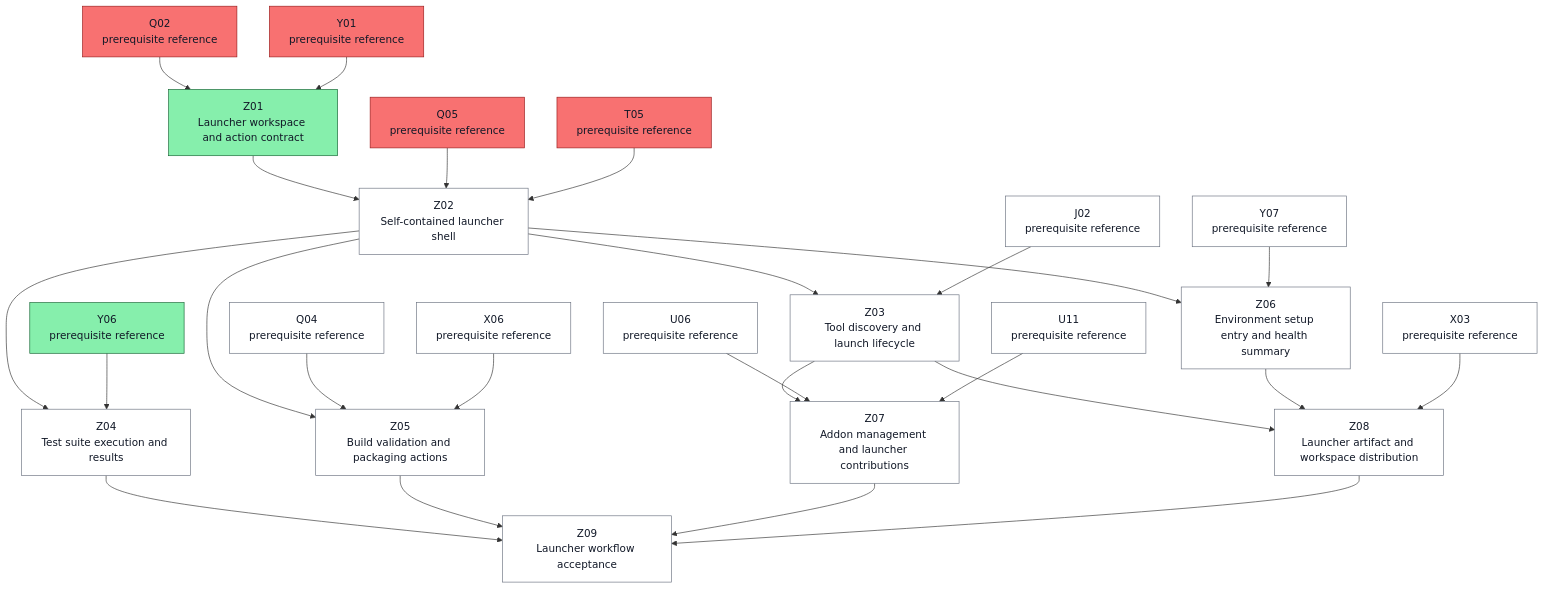
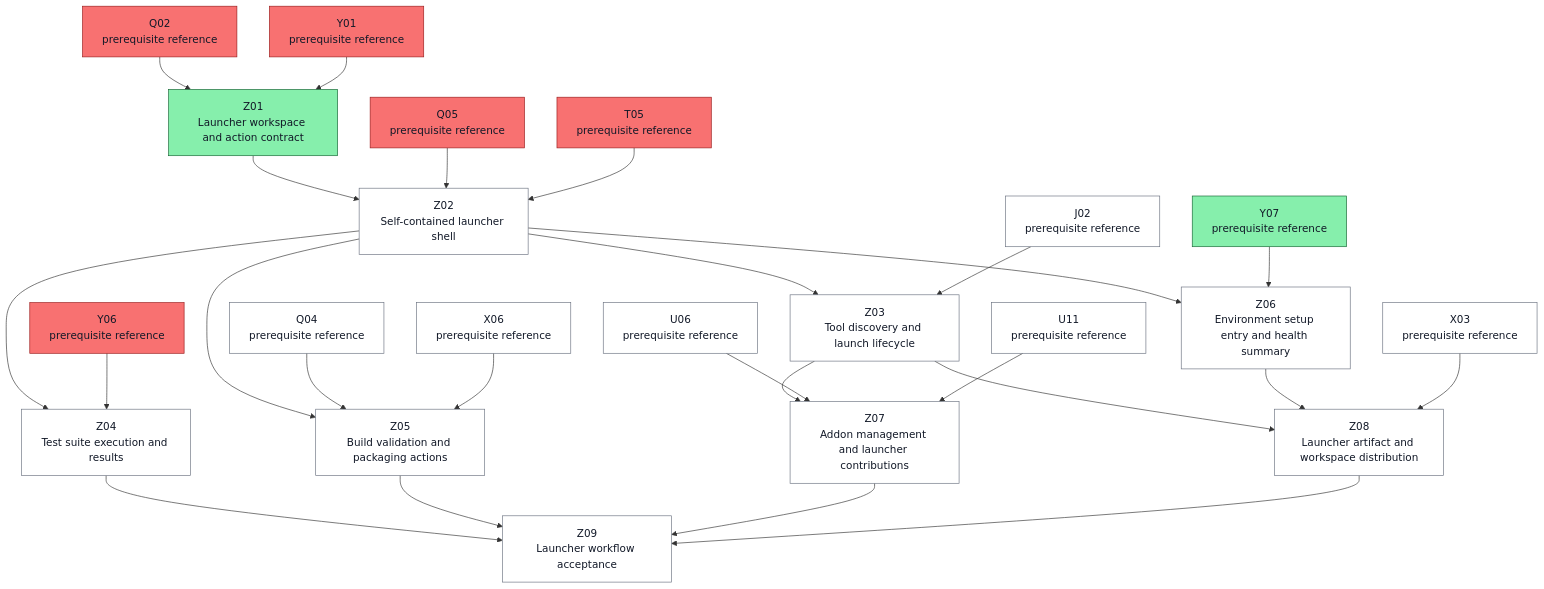
Before and after one commit to ocarizr/spaceraiders: diagram 27 of 27 in docs/task-dependencies.md, drawn with Mermaid. The commit also changed other lines of this file and 9 other files, not shown here.

````diff
--- a/docs/task-dependencies.md
+++ b/docs/task-dependencies.md
@@ -1469,51 +1470,51 @@
 ```mermaid
 flowchart TD
     ref_Z_J02["J02<br/>prerequisite reference"]:::pending
     ref_Z_Q02["Q02<br/>prerequisite reference"]:::done
     ref_Z_Q04["Q04<br/>prerequisite reference"]:::pending
     ref_Z_Q05["Q05<br/>prerequisite reference"]:::done
     ref_Z_T05["T05<br/>prerequisite reference"]:::done
     ref_Z_U06["U06<br/>prerequisite reference"]:::pending
     ref_Z_U11["U11<br/>prerequisite reference"]:::pending
     ref_Z_X03["X03<br/>prerequisite reference"]:::pending
     ref_Z_X06["X06<br/>prerequisite reference"]:::pending
     ref_Z_Y01["Y01<br/>prerequisite reference"]:::done
-    ref_Z_Y06["Y06<br/>prerequisite reference"]:::ready
-    ref_Z_Y07["Y07<br/>prerequisite reference"]:::pending
+    ref_Z_Y06["Y06<br/>prerequisite reference"]:::done
+    ref_Z_Y07["Y07<br/>prerequisite reference"]:::ready
     Z01["Z01<br/>Launcher workspace and action contract"]:::ready
     Z02["Z02<br/>Self-contained launcher shell"]:::pending
     Z03["Z03<br/>Tool discovery and launch lifecycle"]:::pending
     Z04["Z04<br/>Test suite execution and results"]:::pending
     Z05["Z05<br/>Build validation and packaging actions"]:::pending
     Z06["Z06<br/>Environment setup entry and health summary"]:::pending
     Z07["Z07<br/>Addon management and launcher contributions"]:::pending
     Z08["Z08<br/>Launcher artifact and workspace distribution"]:::pending
     Z09["Z09<br/>Launcher workflow acceptance"]:::pending
     ref_Z_Q02 --> Z01
     ref_Z_Y01 --> Z01
     Z01 --> Z02
     ref_Z_Q05 --> Z02
     ref_Z_T05 --> Z02
     Z02 --> Z03
     ref_Z_J02 --> Z03
     Z02 --> Z04
     ref_Z_Y06 --> Z04
     Z02 --> Z05
     ref_Z_Q04 --> Z05
     ref_Z_X06 --> Z05
     Z02 --> Z06
     ref_Z_Y07 --> Z06
     Z03 --> Z07
     ref_Z_U06 --> Z07
     ref_Z_U11 --> Z07
     Z03 --> Z08
     Z06 --> Z08
     ref_Z_X03 --> Z08
     Z04 --> Z09
     Z05 --> Z09
     Z07 --> Z09
     Z08 --> Z09
     classDef pending fill:#ffffff,stroke:#6b7280,color:#111827
     classDef ready fill:#86efac,stroke:#166534,color:#111827
     classDef done fill:#f87171,stroke:#991b1b,color:#111827
 ```
````
